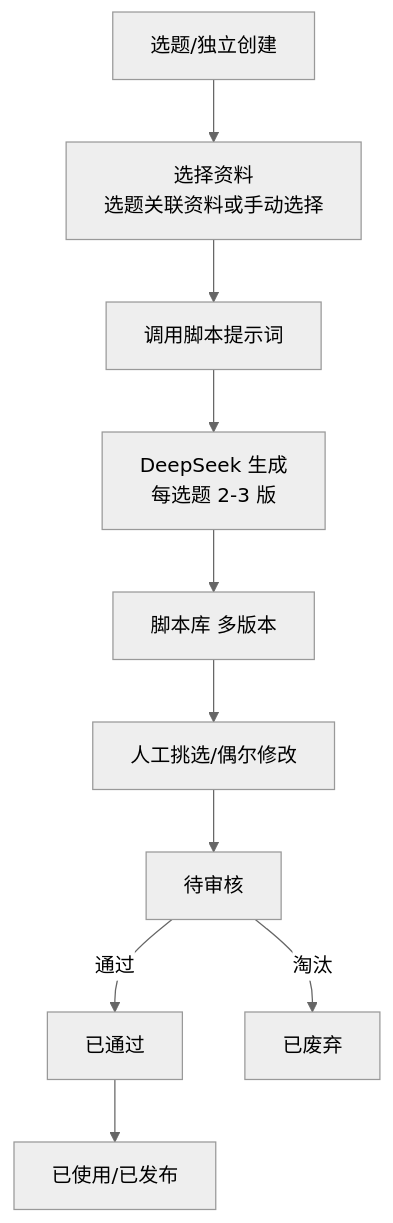
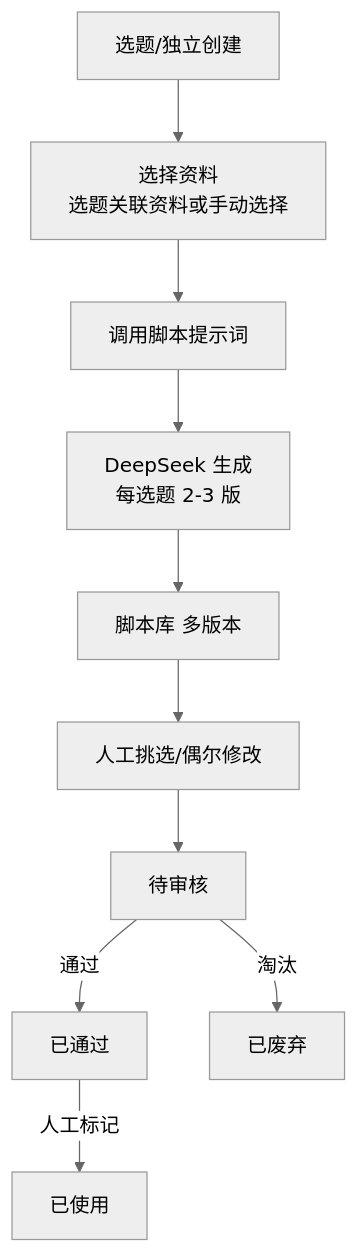
One commit to lophyJessica/forge-scrm changed the fourth of 5 diagrams in context/02-核心业务流程.md. Above: the diagram before and after it, drawn with Mermaid (neutral theme). The commit also changed other lines of this file and 17 other files, not shown here.

````diff
--- a/context/02-核心业务流程.md
+++ b/context/02-核心业务流程.md
@@ -77,12 +78,12 @@
 ```mermaid
 flowchart TD
     A[选题/独立创建] --> B[选择资料<br/>选题关联资料或手动选择]
     B --> C[调用脚本提示词]
     C --> D[DeepSeek 生成<br/>每选题 2-3 版]
     D --> E[脚本库 多版本]
     E --> F[人工挑选/偶尔修改]
     F --> G[待审核]
     G -->|通过| H[已通过]
-    H --> I[已使用/已发布]
+    H -->|人工标记| I[已使用]
     G -->|淘汰| J[已废弃]
 ```
````
